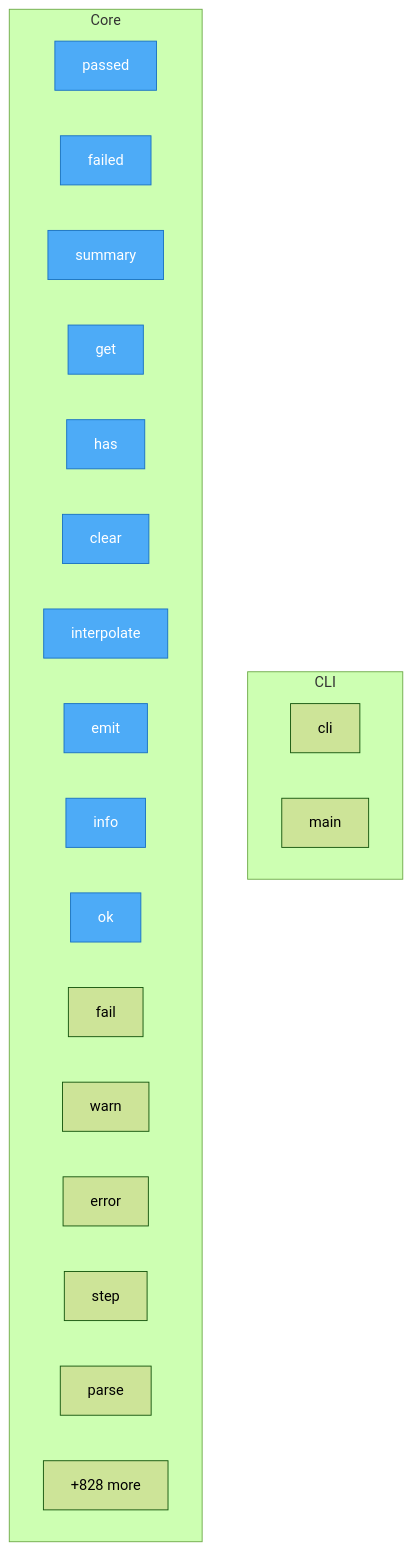
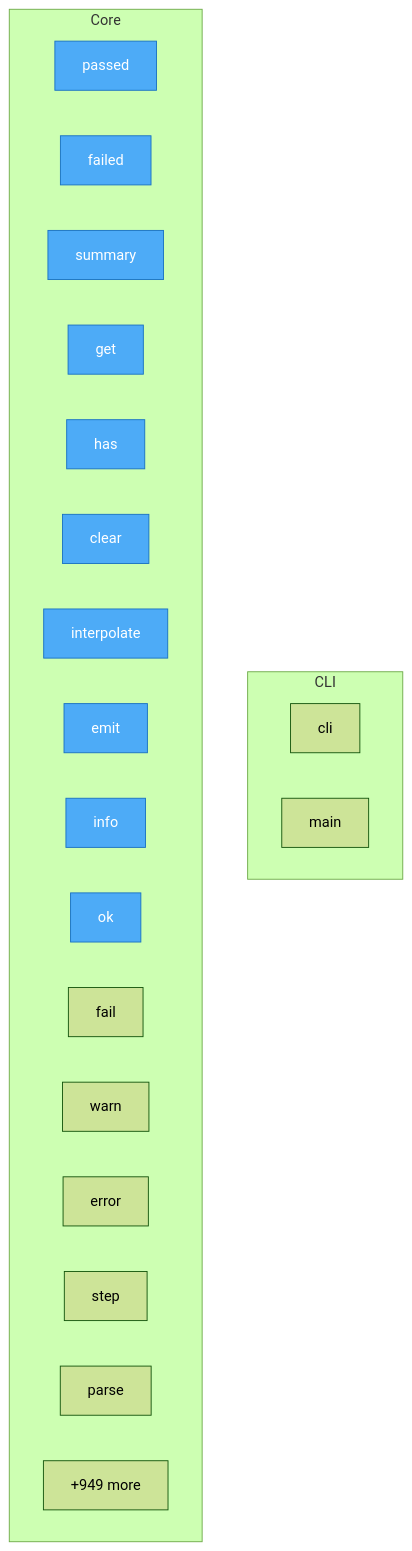
The diagram in project/flow.mmd (oqlos/testql), drawn with Mermaid (forest theme) before and after one commit. The commit also changed 27 other files, not shown here.

```diff
--- a/project/flow.mmd
+++ b/project/flow.mmd
@@ -1,30 +1,30 @@
 flowchart TD
 
     %% Entry points (blue)
     classDef entry fill:#4dabf7,stroke:#1971c2,color:#fff
 
     subgraph CLI
         testql__cli__cli["cli"]
         testql__cli__main["main"]
     end
 
     subgraph Core
         SUMR__passed["passed"]
         SUMR__failed["failed"]
         SUMR__summary["summary"]
         SUMR__get["get"]
         SUMR__has["has"]
         SUMR__clear["clear"]
         SUMR__interpolate["interpolate"]
         SUMR__emit["emit"]
         SUMR__info["info"]
         SUMR__ok["ok"]
         SUMR__fail["fail"]
         SUMR__warn["warn"]
         SUMR__error["error"]
         SUMR__step["step"]
         SUMR__parse["parse"]
-        ...["+828 more"]
+        ...["+949 more"]
     end
 
     class SUMR__passed,SUMR__failed,SUMR__summary,SUMR__get,SUMR__has,SUMR__clear,SUMR__interpolate,SUMR__emit,SUMR__info,SUMR__ok entry
```
